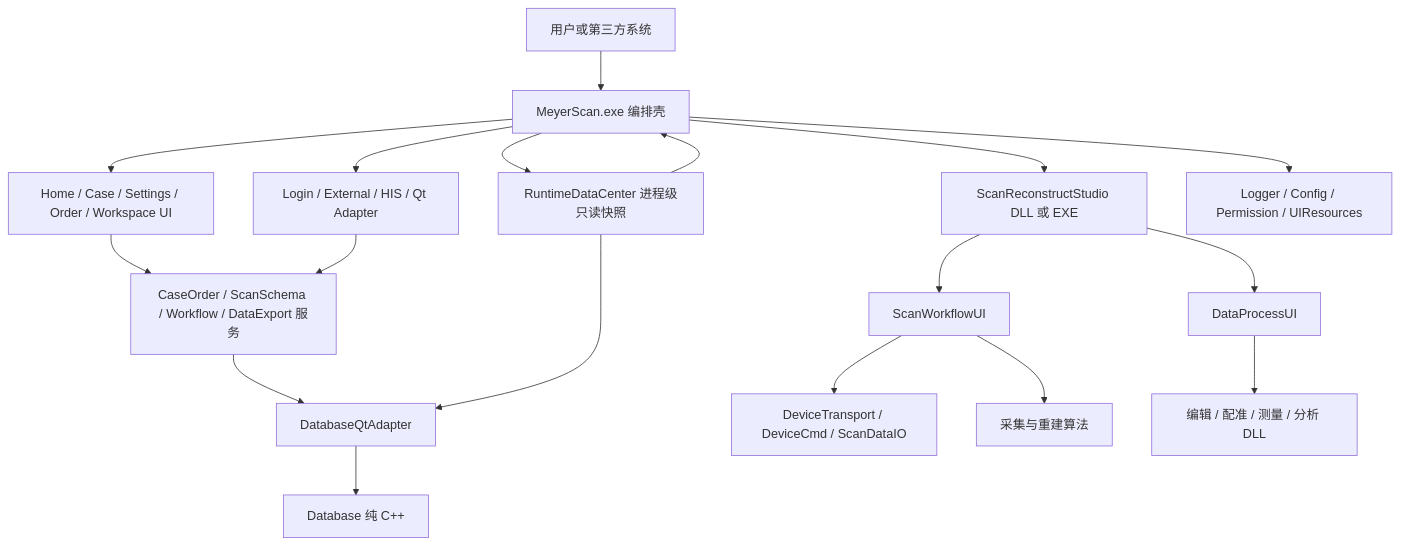
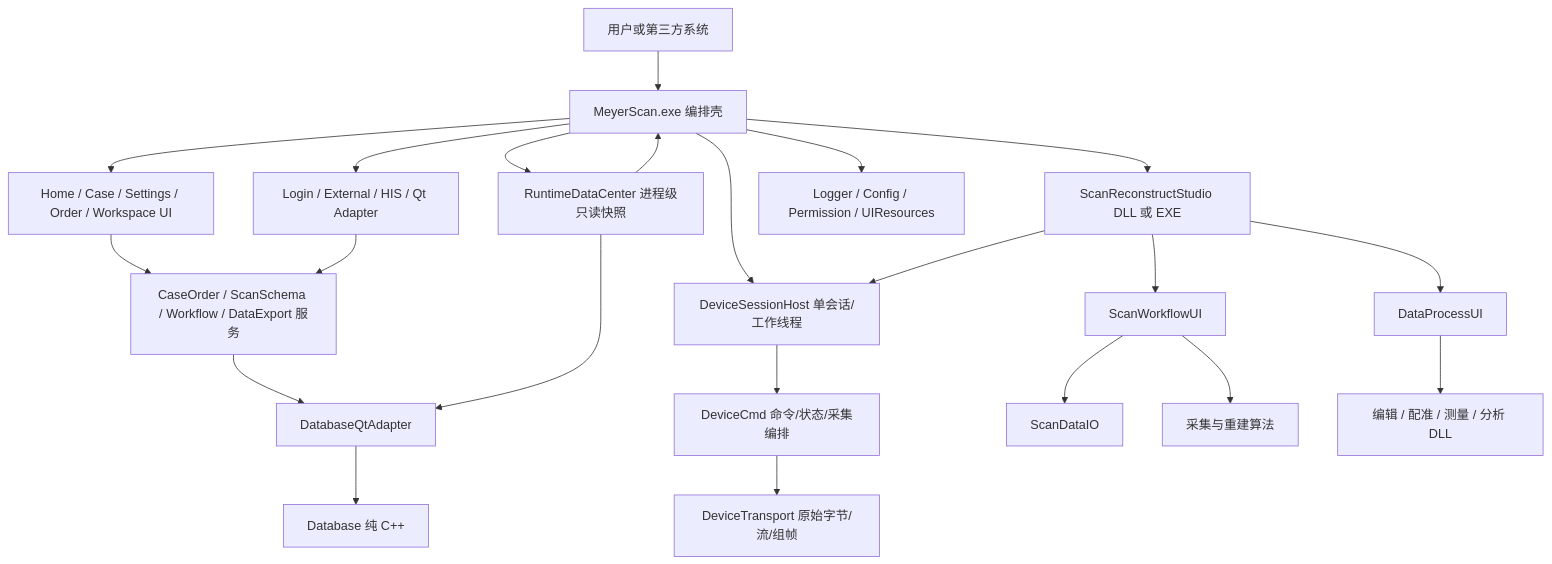
One commit to weijian118/MeyerScan changed the diagram in Documents/MeyerScan架构设计与接口规范.md. Above: the diagram before and after it, drawn with Mermaid. The commit also changed other lines of this file and 53 other files, not shown here.

````diff
--- a/Documents/MeyerScan架构设计与接口规范.md
+++ b/Documents/MeyerScan架构设计与接口规范.md
@@ -20,20 +20,24 @@
 ```mermaid
 flowchart TD
     User["用户或第三方系统"] --> Main["MeyerScan.exe 编排壳"]
     Main --> UI["Home / Case / Settings / Order / Workspace UI"]
     Main --> Adapter["Login / External / HIS / Qt Adapter"]
     UI --> Service["CaseOrder / ScanSchema / Workflow / DataExport 服务"]
     Main --> Runtime["RuntimeDataCenter 进程级只读快照"]
     Runtime --> Main
     Adapter --> Service
     Service --> DbAdapter["DatabaseQtAdapter"]
     Runtime --> DbAdapter
     DbAdapter --> Database["Database 纯 C++"]
     Main --> ScanShell["ScanReconstructStudio DLL 或 EXE"]
     ScanShell --> ScanUI["ScanWorkflowUI"]
     ScanShell --> ProcessUI["DataProcessUI"]
-    ScanUI --> Device["DeviceTransport / DeviceCmd / ScanDataIO"]
+    Main --> DeviceHost["DeviceSessionHost 单会话/工作线程"]
+    ScanShell --> DeviceHost
+    DeviceHost --> DeviceCmd["DeviceCmd 命令/状态/采集编排"]
+    DeviceCmd --> DeviceTransport["DeviceTransport 原始字节/流/组帧"]
+    ScanUI --> ScanDataIO["ScanDataIO"]
     ScanUI --> Algorithm["采集与重建算法"]
     ProcessUI --> Tools["编辑 / 配准 / 测量 / 分析 DLL"]
     Main --> Infra["Logger / Config / Permission / UIResources"]
 ```
````
